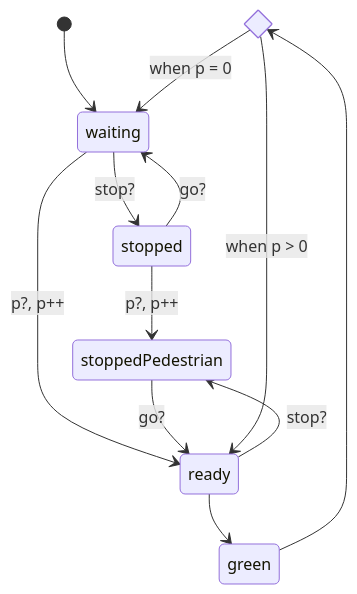
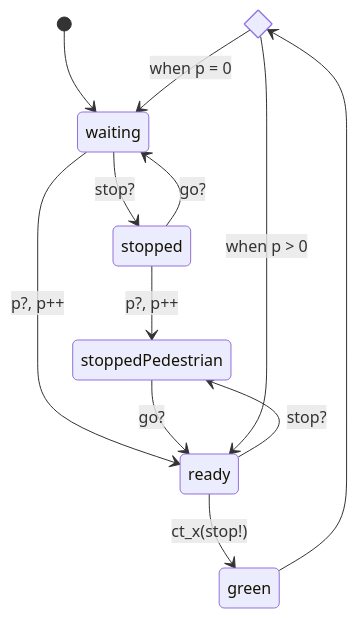
Before and after one commit to VinayakFia/Obsidian: the second of 2 diagrams in COMP3153/System Model - Vinayak Fialok.md, drawn with Mermaid. The commit also changed other lines of this file, not shown here.

````diff
--- a/COMP3153/System Model - Vinayak Fialok.md
+++ b/COMP3153/System Model - Vinayak Fialok.md
@@ -60,16 +61,16 @@
 ```mermaid
 stateDiagram-v2
 	state after_green <<choice>>
 
 	[*] --> waiting
 	waiting --> stopped : stop?
 	stopped --> stoppedPedestrian : p?, p++
 	stopped --> waiting : go?
 	waiting --> ready : p?, p++
 	stoppedPedestrian --> ready : go?
 	ready --> stoppedPedestrian : stop?
-	ready --> green
+	ready --> green : ct_x(stop!)
 	green --> after_green
 	after_green --> waiting : when p = 0
 	after_green --> ready : when p > 0
 ```
````
